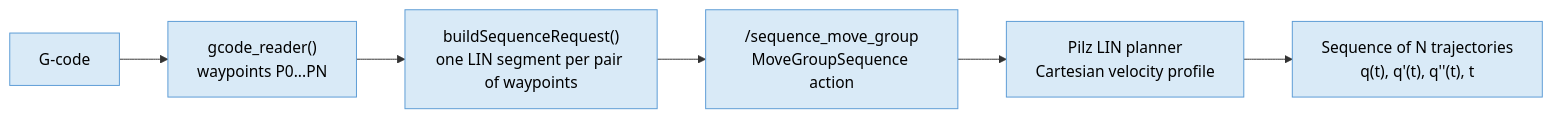
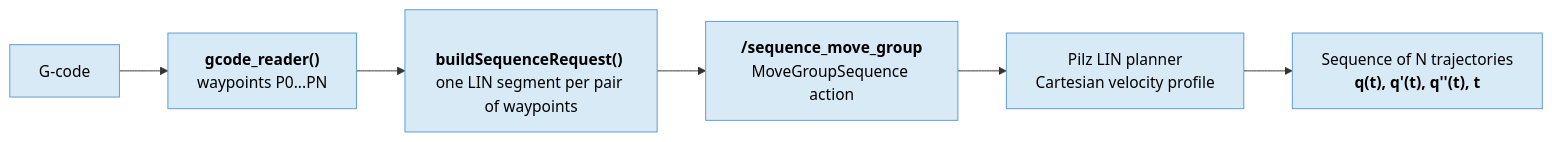
One commit to PedroAcero/tfm_workspace changed the second of 2 diagrams in src/docs/planning.md. Above: the diagram before and after it, drawn with Mermaid. The commit also changed other lines of this file, not shown here.

Commit message:
Negrita flujos planning.md

````diff
--- a/src/docs/planning.md
+++ b/src/docs/planning.md
@@ -145,15 +145,15 @@
 ```mermaid
 flowchart LR
-    A["G-code"] --> B["gcode_reader()<br/>waypoints P0...PN"]
-    B --> C["buildSequenceRequest()<br/>one LIN segment per pair of waypoints"]
-    C --> D["/sequence_move_group<br/>MoveGroupSequence action"]
+    A["G-code"] --> B["<b> gcode_reader() </b><br/>waypoints P0...PN"]
+    B --> C["<b> buildSequenceRequest() </b><br/>one LIN segment per pair of waypoints"]
+    C --> D["<b> /sequence_move_group </b><br/>MoveGroupSequence action"]
     D --> E["Pilz LIN planner<br/>Cartesian velocity profile"]
-    E --> F["Sequence of N trajectories<br/>q(t), q'(t), q''(t), t"]
+    E --> F["Sequence of N trajectories<br/> <b>q(t), q'(t), q''(t), t </b>"]
 
     style A fill:#D9EAF7,stroke:#5B9BD5,color:#000
     style B fill:#D9EAF7,stroke:#5B9BD5,color:#000
     style C fill:#D9EAF7,stroke:#5B9BD5,color:#000
     style D fill:#D9EAF7,stroke:#5B9BD5,color:#000
     style E fill:#D9EAF7,stroke:#5B9BD5,color:#000
     style F fill:#D9EAF7,stroke:#5B9BD5,color:#000
 ```
````
